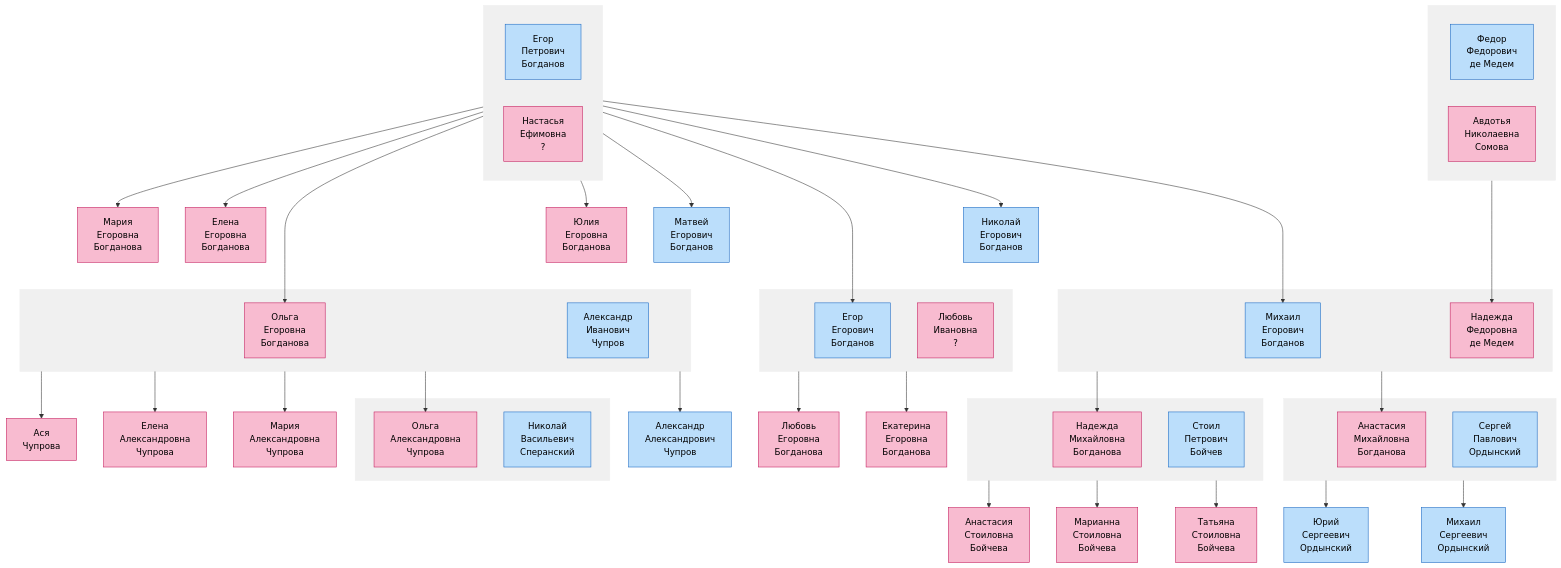
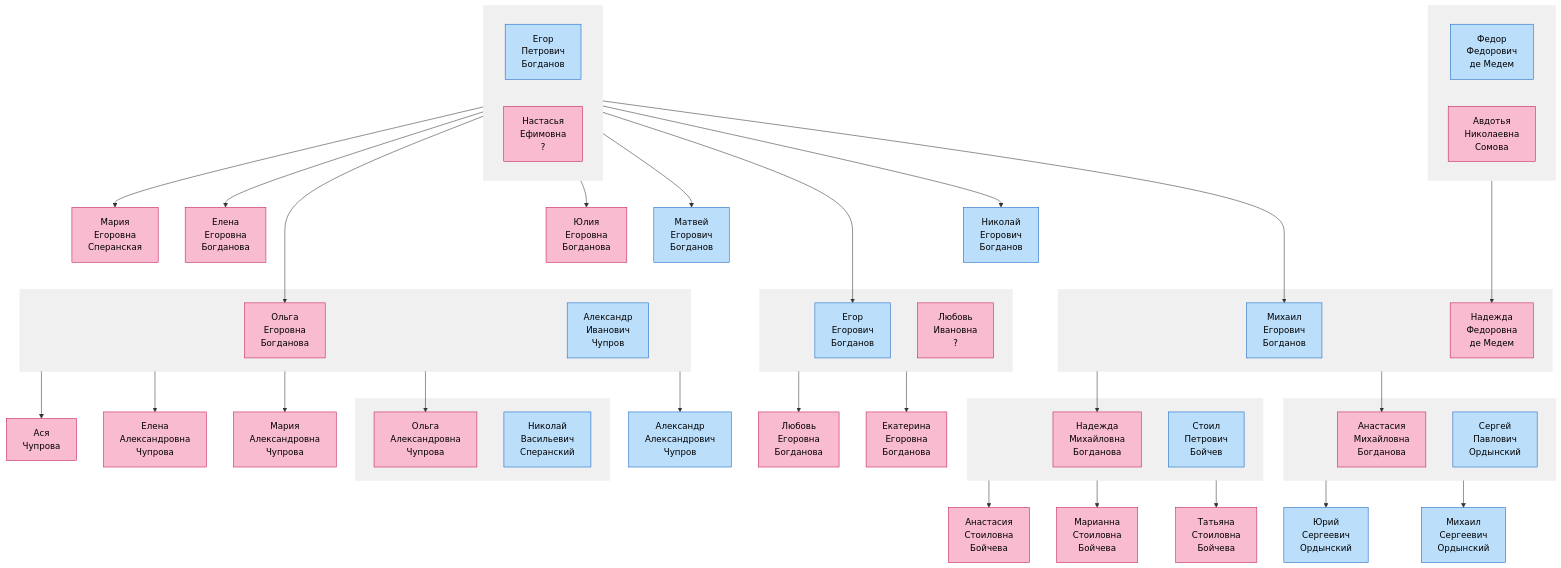
The diagram in docs/people/MEB-ancestors.md (senjaster/atagen), drawn with Mermaid before and after one commit. The commit also changed 4 other files, not shown here.

```diff
--- a/docs/people/MEB-ancestors.md
+++ b/docs/people/MEB-ancestors.md
@@ -21,7 +21,7 @@
     YuEB["Юлия<br>Егоровна<br>Богданова"]:::female
     OEB["Ольга<br>Егоровна<br>Богданова"]:::female
     ElEB["Елена<br>Егоровна<br>Богданова"]:::female
-    MESB["Мария<br>Егоровна<br>Богданова"]:::female
+    MESB["Мария<br>Егоровна<br>Сперанская"]:::female
     
     %% Семья Егора Егоровича Богданова
     LIB["Любовь<br>Ивановна<br>?"]:::female
```
